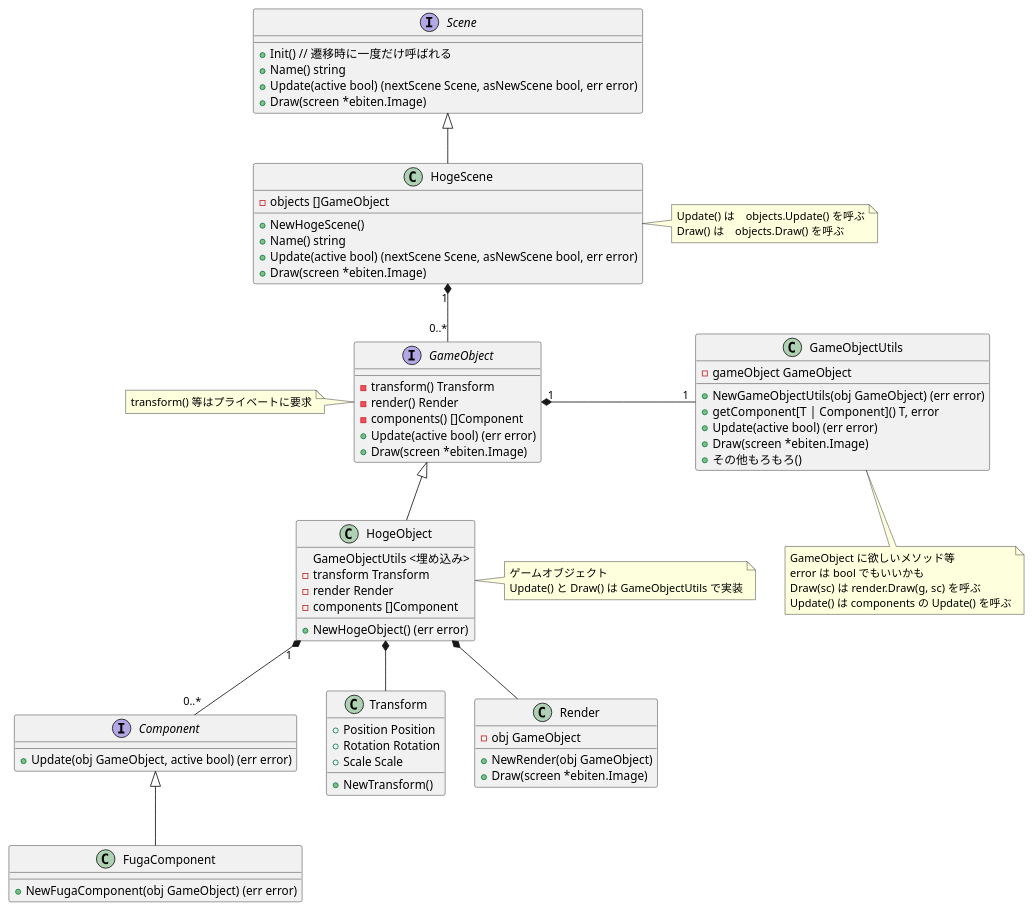
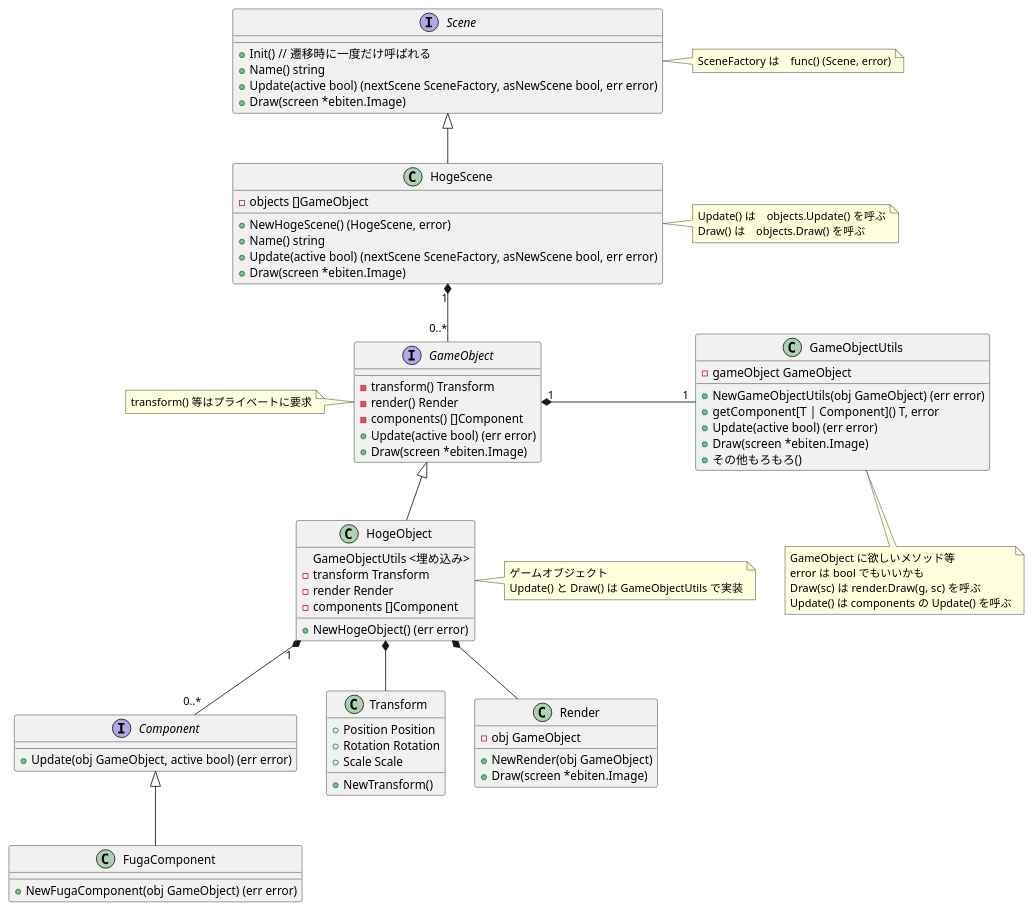
The diagram in Docs/Scene_class_diagram.puml (kmc-jp/Gamedev_Tempura-of-p--Phenylazo-phenol), drawn with PlantUML before and after one commit.

Commit message:
Scene.Update() の要件を変更

```diff
--- a/Docs/Scene_class_diagram.puml
+++ b/Docs/Scene_class_diagram.puml
@@ -1,83 +1,84 @@
 @startuml Scene_class_diagram
 
 interface Scene {
     + Init() // 遷移時に一度だけ呼ばれる
     + Name() string
-    + Update(active bool) (nextScene Scene, asNewScene bool, err error)
+    + Update(active bool) (nextScene SceneFactory, asNewScene bool, err error)
     + Draw(screen *ebiten.Image)
 }
+note right of Scene : SceneFactory は　func() (Scene, error)
 
 class HogeScene {
     - objects []GameObject
-    + NewHogeScene()
+    + NewHogeScene() (HogeScene, error)
     + Name() string
-    + Update(active bool) (nextScene Scene, asNewScene bool, err error)
+    + Update(active bool) (nextScene SceneFactory, asNewScene bool, err error)
     + Draw(screen *ebiten.Image)
 }
 note right of HogeScene : Update() は　objects.Update() を呼ぶ\nDraw() は　objects.Draw() を呼ぶ
 
 HogeScene -up-|> Scene
 
 HogeScene "1" *-- "0..*" GameObject
 
 interface GameObject {
     - transform() Transform
     - render() Render
     - components() []Component
     + Update(active bool) (err error)
     + Draw(screen *ebiten.Image)
 }
 note left of GameObject : transform() 等はプライベートに要求
 
 class GameObjectUtils {
     - gameObject GameObject
     + NewGameObjectUtils(obj GameObject) (err error)
     + getComponent[T | Component]() T, error
     + Update(active bool) (err error)
     + Draw(screen *ebiten.Image)
     + その他もろもろ()
 }
 note bottom of GameObjectUtils : GameObject に欲しいメソッド等\nerror は bool でもいいかも\nDraw(sc) は render.Draw(g, sc) を呼ぶ\nUpdate() は components の Update() を呼ぶ
 
 GameObject "1" *- "1" GameObjectUtils
 
 
 class HogeObject {
     GameObjectUtils <埋め込み>
     - transform Transform
     - render Render
     - components []Component
     + NewHogeObject() (err error)
 }
 note right of HogeObject : ゲームオブジェクト\nUpdate() と Draw() は GameObjectUtils で実装
 
 
 HogeObject -up-|> GameObject
 HogeObject *-- Transform
 HogeObject *-- Render
 
 HogeObject "1" *-- "0..*" Component
 
 class Transform {
     + Position Position
     + Rotation Rotation
     + Scale Scale
     + NewTransform()
 }
 
 class Render {
     - obj GameObject
     + NewRender(obj GameObject)
     + Draw(screen *ebiten.Image)
 }
 
 interface Component {
     + Update(obj GameObject, active bool) (err error)
 }
 
 class FugaComponent {
     + NewFugaComponent(obj GameObject) (err error)
 }
 
 FugaComponent -up-|> Component
 @enduml
```
